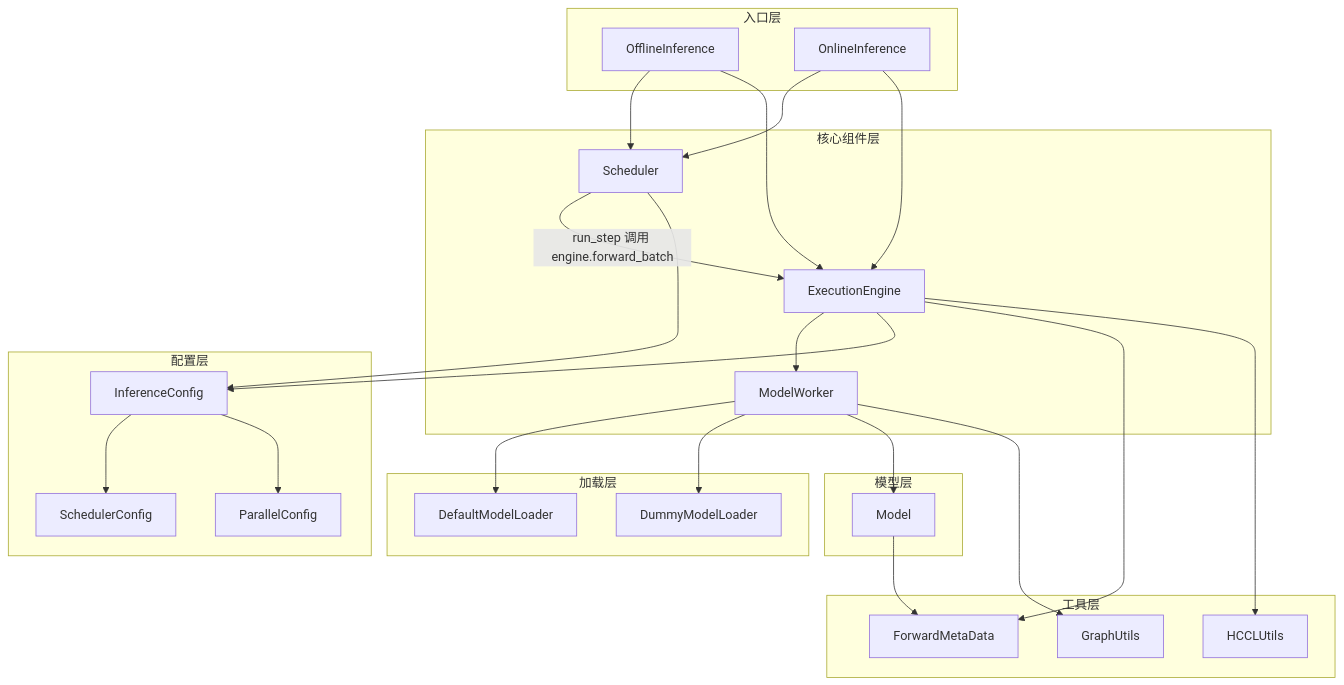
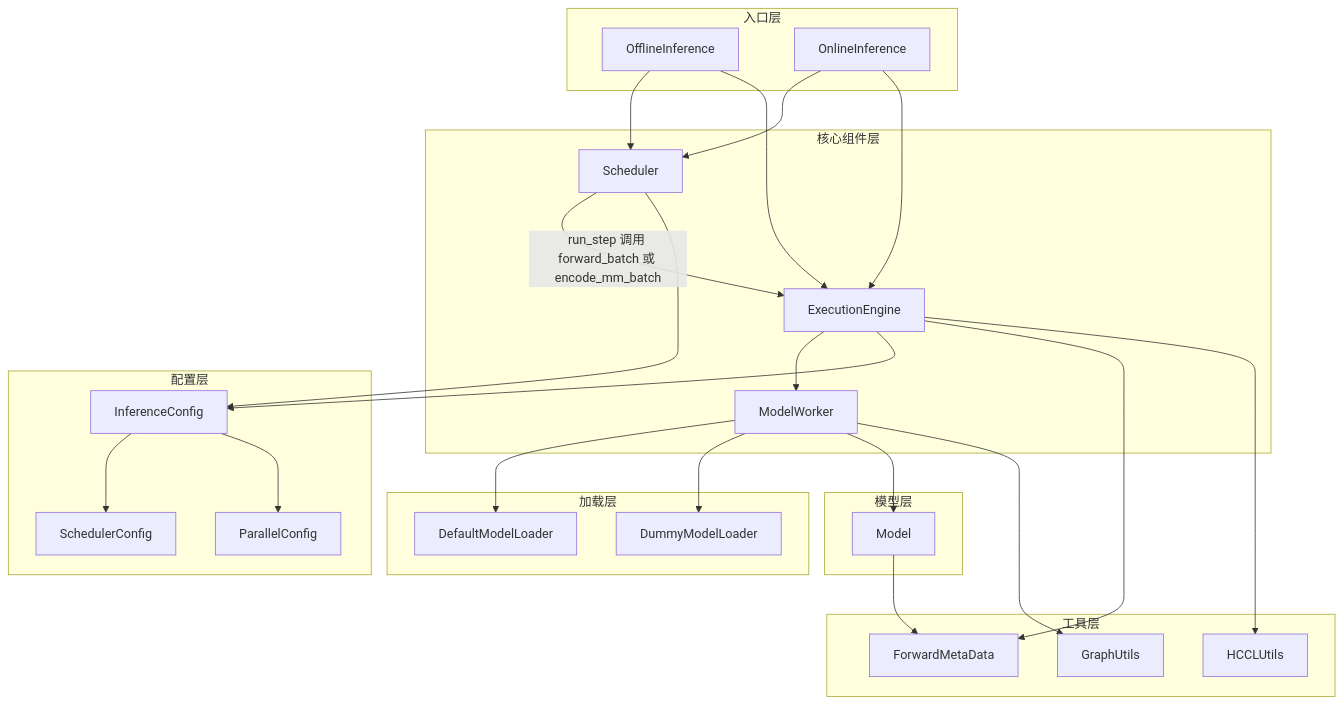
The first of 4 diagrams in docs/design/executor_design.md (hicann/cann-recipes-infer), drawn with Mermaid before and after one commit. The commit also changed other lines of this file and 77 other files, not shown here.

````diff
--- a/docs/design/executor_design.md
+++ b/docs/design/executor_design.md
@@ -43,56 +44,56 @@
 ```mermaid
 flowchart TB
     subgraph Entrypoints[入口层]
         OFF[OfflineInference]
         ON[OnlineInference]
     end
 
     subgraph Core[核心组件层]
         SCH[Scheduler]
         ENG[ExecutionEngine]
         MW[ModelWorker]
     end
 
     subgraph Config[配置层]
         IC[InferenceConfig]
         SC[SchedulerConfig]
         PC[ParallelConfig]
     end
 
     subgraph Loader[加载层]
         DL[DefaultModelLoader]
         DUM[DummyModelLoader]
     end
 
     subgraph Utils[工具层]
         FM[ForwardMetaData]
         GU[GraphUtils]
         HU[HCCLUtils]
     end
 
     subgraph Model[模型层]
         M[Model]
     end
 
     OFF --> SCH
     OFF --> ENG
     ON --> SCH
     ON --> ENG
 
-    SCH -->|run_step 调用 engine.forward_batch| ENG
+    SCH -->|run_step 调用 forward_batch 或 encode_mm_batch| ENG
     SCH --> IC
     ENG --> MW
     ENG --> IC
 
     MW --> DL
     MW --> DUM
     MW --> M
     MW --> GU
 
     IC --> SC
     IC --> PC
 
     M --> FM
     ENG --> FM
     ENG --> HU
 ```
````
